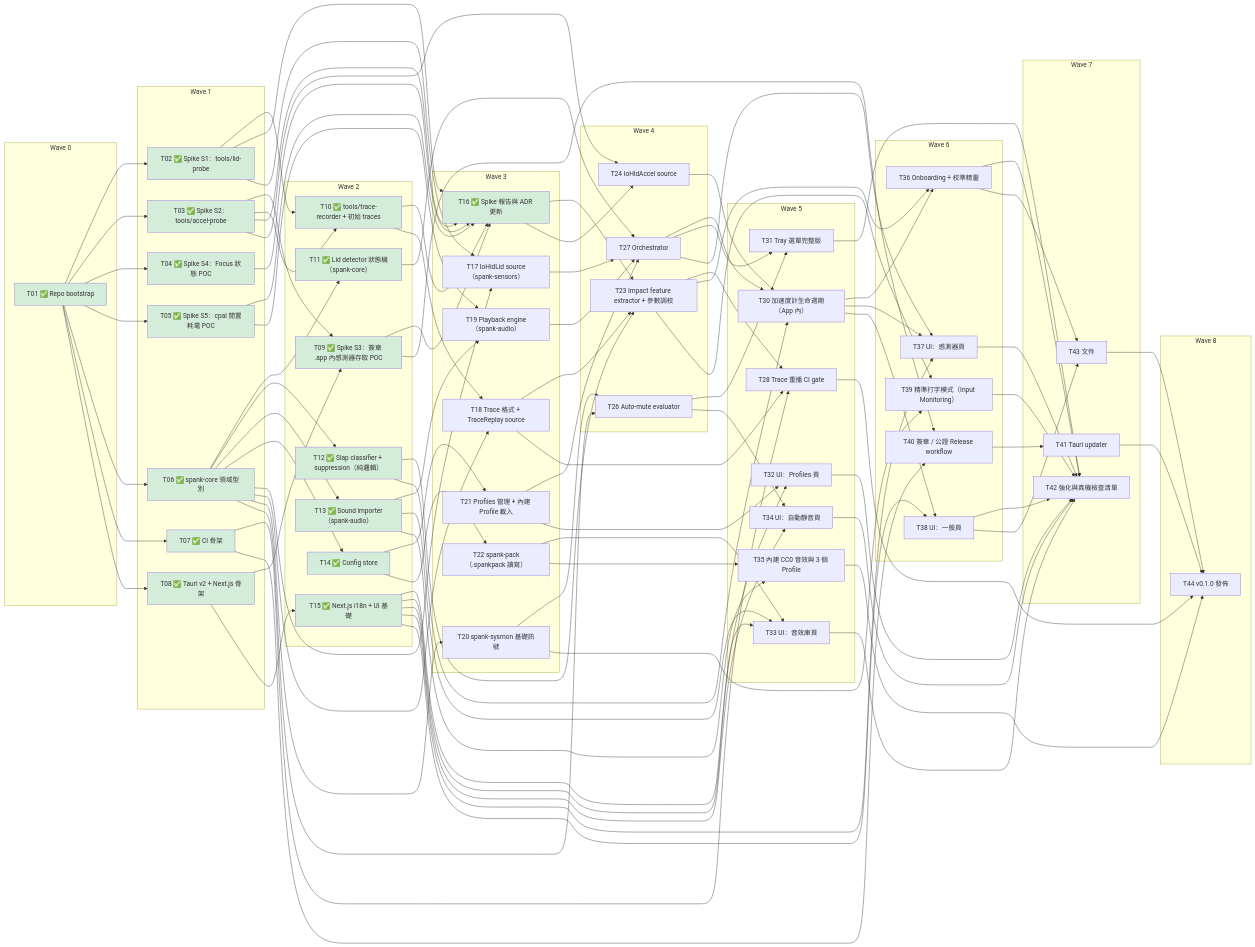
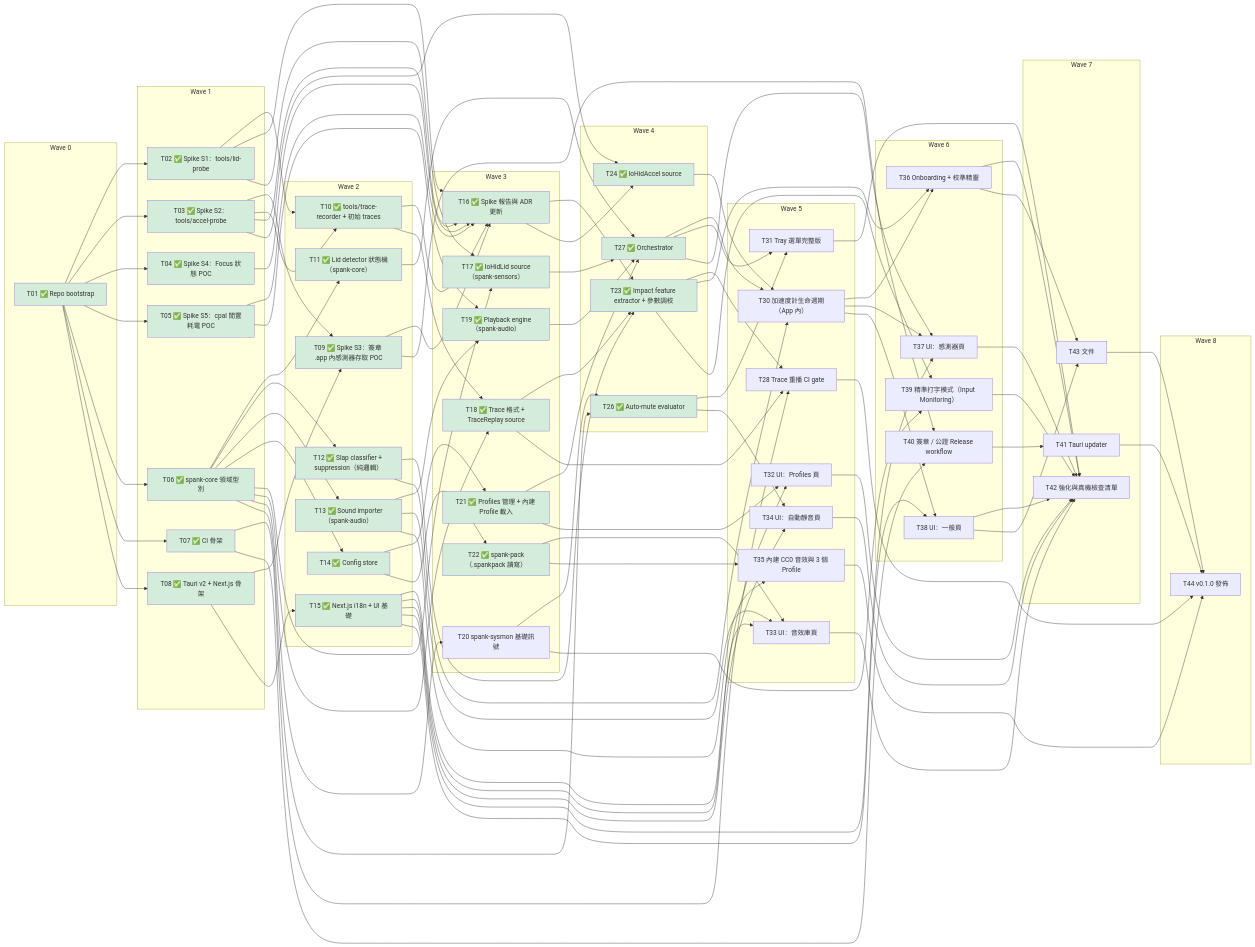
One commit to kaija/spank changed the diagram in docs/tasks.md. Above: the diagram before and after it, drawn with Mermaid. The commit also changed other lines of this file and 59 other files, not shown here.

````diff
--- a/docs/tasks.md
+++ b/docs/tasks.md
@@ -45,18 +45,18 @@
   end
   subgraph W3["Wave 3"]
     T16["T16 ✅ Spike 報告與 ADR 更新"]
-    T17["T17 IoHidLid source（spank-sensors）"]
-    T18["T18 Trace 格式 + TraceReplay source"]
-    T19["T19 Playback engine（spank-audio）"]
+    T17["T17 ✅ IoHidLid source（spank-sensors）"]
+    T18["T18 ✅ Trace 格式 + TraceReplay source"]
+    T19["T19 ✅ Playback engine（spank-audio）"]
     T20["T20 spank-sysmon 基礎訊號"]
-    T21["T21 Profiles 管理 + 內建 Profile 載入"]
-    T22["T22 spank-pack（.spankpack 讀寫）"]
+    T21["T21 ✅ Profiles 管理 + 內建 Profile 載入"]
+    T22["T22 ✅ spank-pack（.spankpack 讀寫）"]
   end
   subgraph W4["Wave 4"]
-    T23["T23 Impact feature extractor + 參數調校"]
-    T24["T24 IoHidAccel source"]
-    T26["T26 Auto-mute evaluator"]
-    T27["T27 Orchestrator"]
+    T23["T23 ✅ Impact feature extractor + 參數調校"]
+    T24["T24 ✅ IoHidAccel source"]
+    T26["T26 ✅ Auto-mute evaluator"]
+    T27["T27 ✅ Orchestrator"]
   end
   subgraph W5["Wave 5"]
     T28["T28 Trace 重播 CI gate"]
@@ -183,4 +183,13 @@
   style T14 fill:#d4edda
   style T15 fill:#d4edda
   style T16 fill:#d4edda
+  style T17 fill:#d4edda
+  style T18 fill:#d4edda
+  style T19 fill:#d4edda
+  style T21 fill:#d4edda
+  style T22 fill:#d4edda
+  style T23 fill:#d4edda
+  style T24 fill:#d4edda
+  style T26 fill:#d4edda
+  style T27 fill:#d4edda
 ```
````
